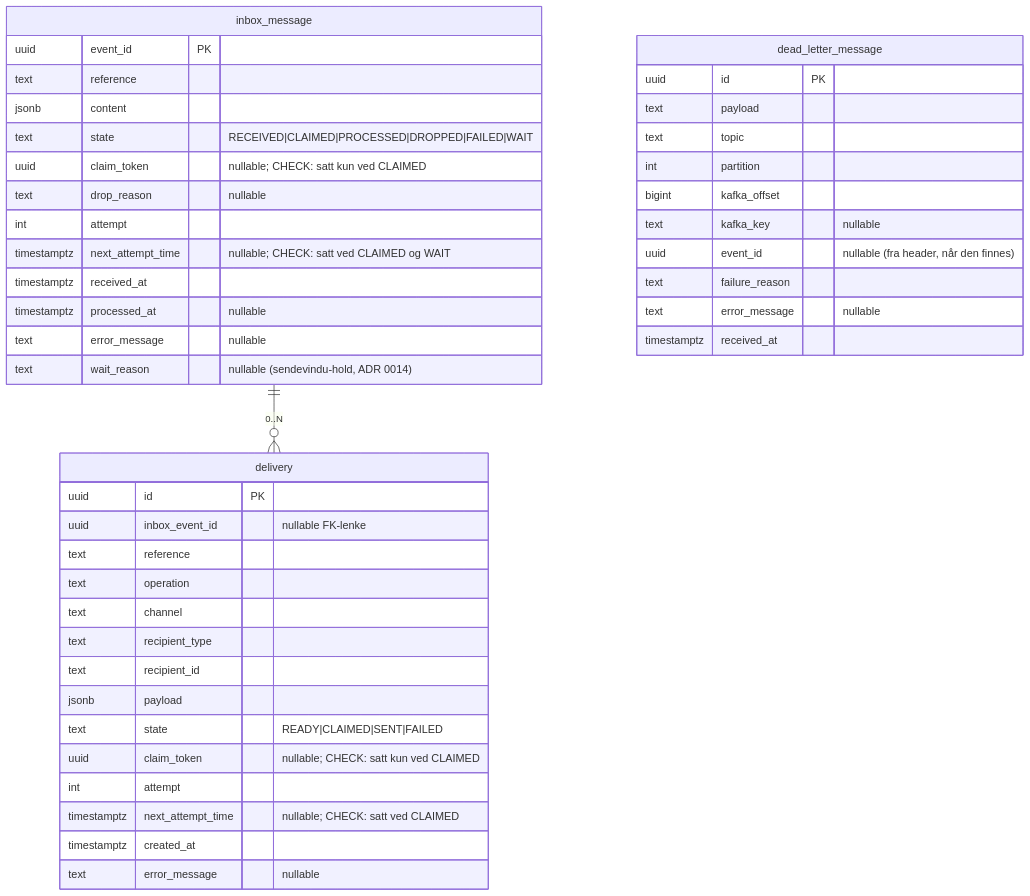
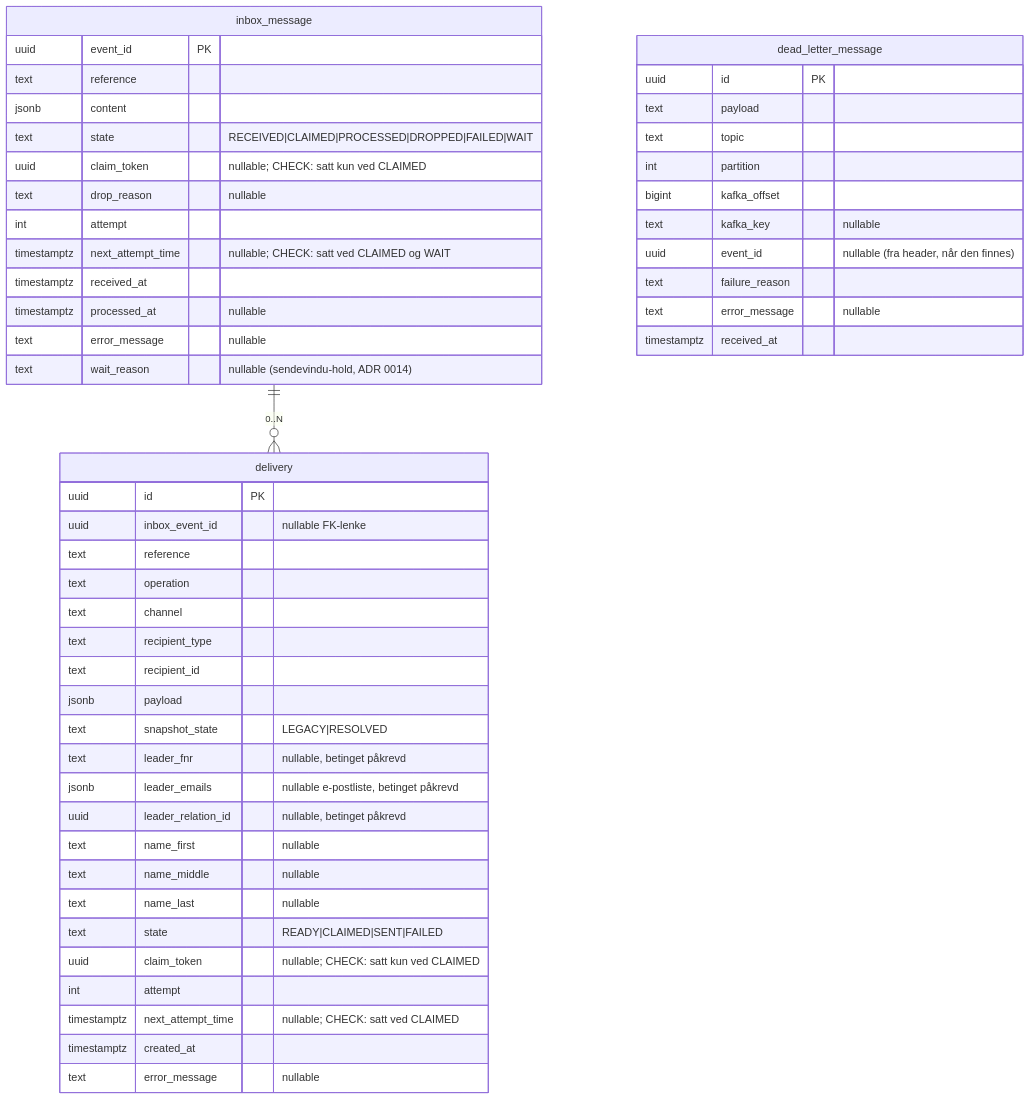
Before and after one commit to navikt/syfo-budstikka: the diagram in docs/datamodell.md, drawn with Mermaid. The commit also changed other lines of this file and 44 other files, not shown here.

````diff
--- a/docs/datamodell.md
+++ b/docs/datamodell.md
@@ -8,49 +8,56 @@
 ```mermaid
 erDiagram
     inbox_message ||--o{ delivery : "0..N"
 
     inbox_message {
         uuid        event_id PK
         text        reference
         jsonb       content
         text        state "RECEIVED|CLAIMED|PROCESSED|DROPPED|FAILED|WAIT"
         uuid        claim_token "nullable; CHECK: satt kun ved CLAIMED"
         text        drop_reason "nullable"
         int         attempt
         timestamptz next_attempt_time "nullable; CHECK: satt ved CLAIMED og WAIT"
         timestamptz received_at
         timestamptz processed_at "nullable"
         text        error_message "nullable"
         text        wait_reason "nullable (sendevindu-hold, ADR 0014)"
     }
 
     delivery {
         uuid        id PK
         uuid        inbox_event_id "nullable FK-lenke"
         text        reference
         text        operation
         text        channel
         text        recipient_type
         text        recipient_id
         jsonb       payload
+        text        snapshot_state "LEGACY|RESOLVED"
+        text        leader_fnr "nullable, betinget påkrevd"
+        jsonb       leader_emails "nullable e-postliste, betinget påkrevd"
+        uuid        leader_relation_id "nullable, betinget påkrevd"
+        text        name_first "nullable"
+        text        name_middle "nullable"
+        text        name_last "nullable"
         text        state "READY|CLAIMED|SENT|FAILED"
         uuid        claim_token "nullable; CHECK: satt kun ved CLAIMED"
         int         attempt
         timestamptz next_attempt_time "nullable; CHECK: satt ved CLAIMED"
         timestamptz created_at
         text        error_message "nullable"
     }
 
     dead_letter_message {
         uuid        id PK
         text        payload
         text        topic
         int         partition
         bigint      kafka_offset
         text        kafka_key "nullable"
         uuid        event_id "nullable (fra header, når den finnes)"
         text        failure_reason
         text        error_message "nullable"
         timestamptz received_at
     }
 ```
````
